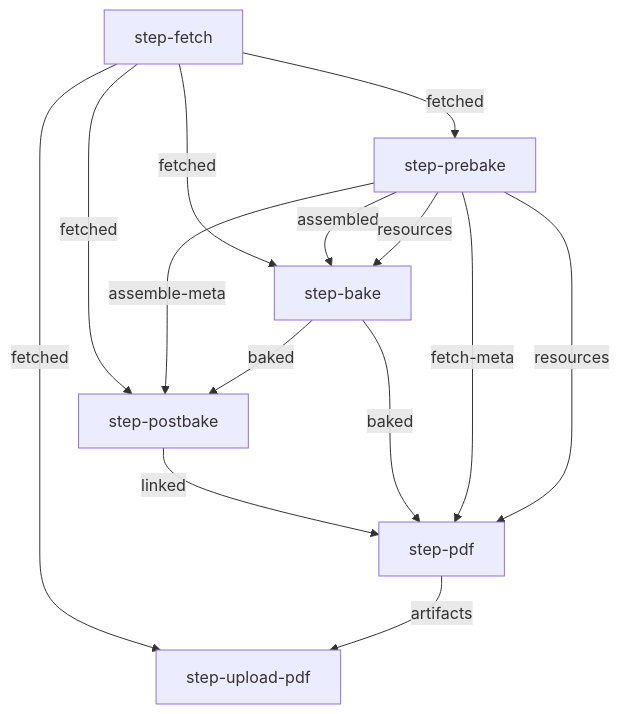
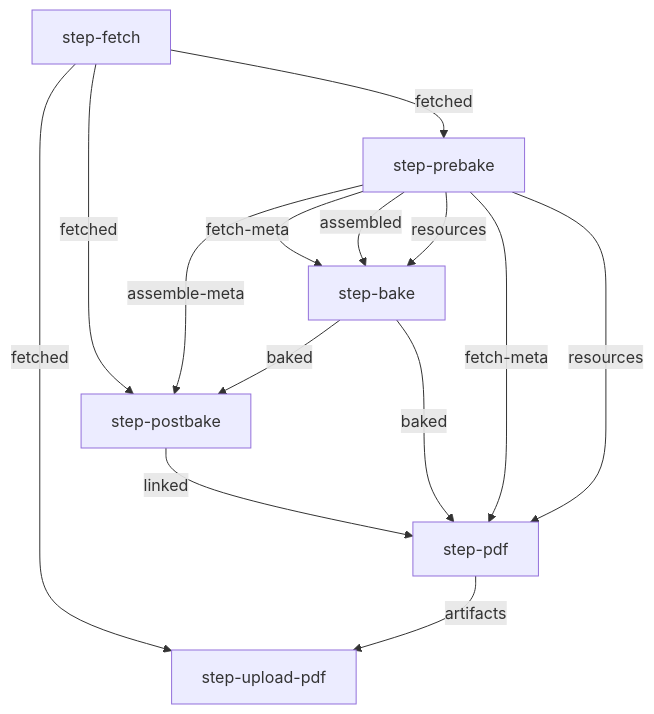
Before and after one commit to openstax/enki: the diagram in README.md, drawn with Mermaid. The commit also changed 6 other files, not shown here.

````diff
--- a/README.md
+++ b/README.md
@@ -129,16 +129,16 @@
 ```mermaid
 graph TB
     step-fetch -- fetched --> step-prebake
-    step-fetch -- fetched --> step-bake
+    step-prebake -- fetch-meta --> step-bake
     step-prebake -- assembled --> step-bake
     step-prebake -- resources --> step-bake
     step-fetch -- fetched --> step-postbake
     step-prebake -- assemble-meta --> step-postbake
     step-bake -- baked --> step-postbake
     step-postbake -- linked --> step-pdf
     step-bake -- baked --> step-pdf
     step-prebake -- fetch-meta --> step-pdf
     step-prebake -- resources --> step-pdf
     step-fetch -- fetched --> step-upload-pdf
     step-pdf -- artifacts --> step-upload-pdf
 ```
````
